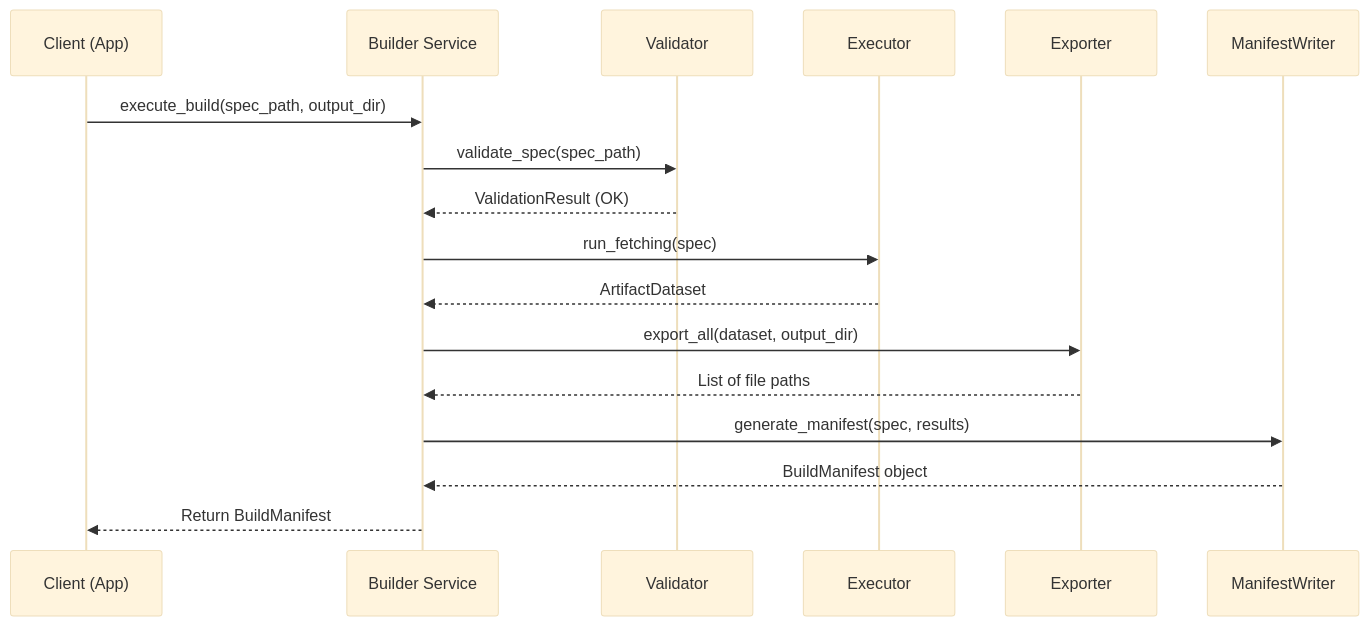
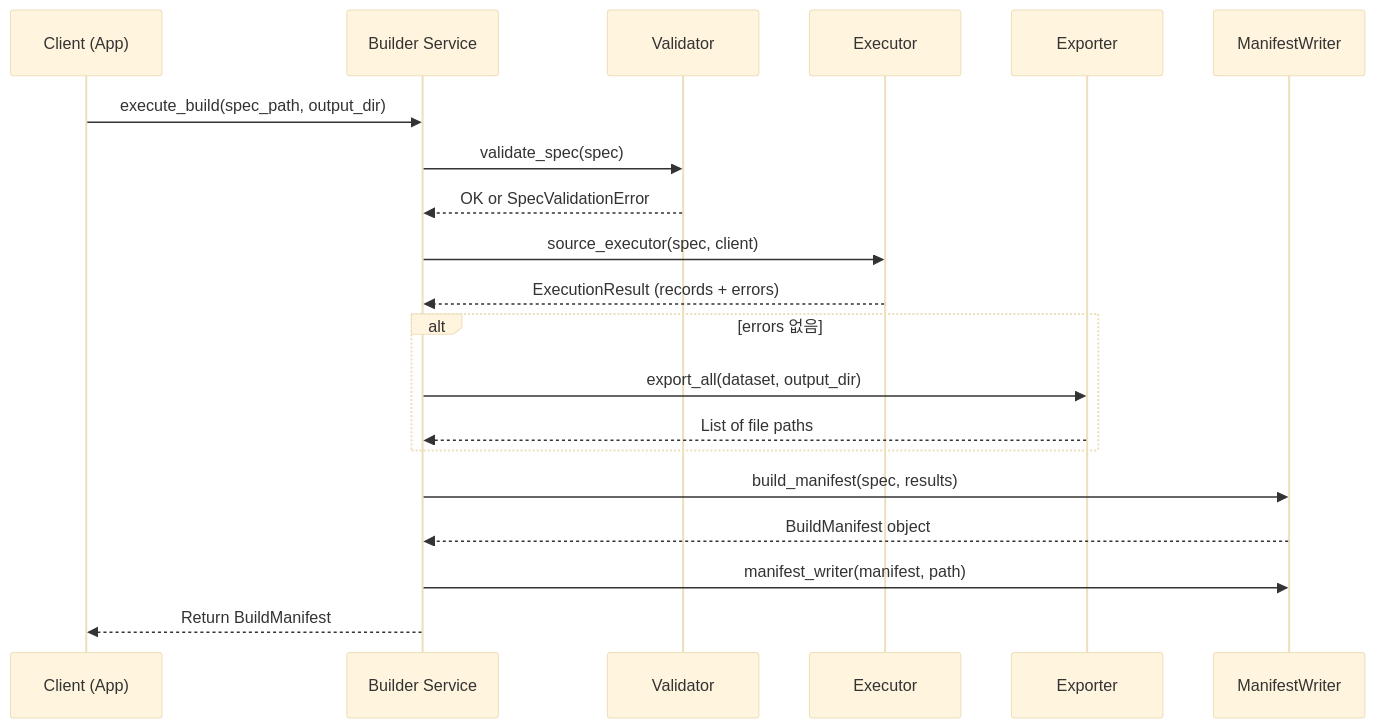
One commit to yeongseon/kpubdata-builder changed the second of 3 diagrams in API_CONTRACT.md. Above: the diagram before and after it, drawn with Mermaid (base theme). The commit also changed other lines of this file and 9 other files, not shown here.

````diff
--- a/API_CONTRACT.md
+++ b/API_CONTRACT.md
@@ -50,20 +50,23 @@
 ```mermaid
 sequenceDiagram
     participant C as Client (App)
     participant B as Builder Service
     participant V as Validator
     participant E as Executor
     participant EX as Exporter
     participant M as ManifestWriter
 
     C->>B: execute_build(spec_path, output_dir)
-    B->>V: validate_spec(spec_path)
-    V-->>B: ValidationResult (OK)
-    B->>E: run_fetching(spec)
-    E-->>B: ArtifactDataset
-    B->>EX: export_all(dataset, output_dir)
-    EX-->>B: List of file paths
-    B->>M: generate_manifest(spec, results)
+    B->>V: validate_spec(spec)
+    V-->>B: OK or SpecValidationError
+    B->>E: source_executor(spec, client)
+    E-->>B: ExecutionResult (records + errors)
+    alt errors 없음
+        B->>EX: export_all(dataset, output_dir)
+        EX-->>B: List of file paths
+    end
+    B->>M: build_manifest(spec, results)
     M-->>B: BuildManifest object
+    B->>M: manifest_writer(manifest, path)
     B-->>C: Return BuildManifest
 ```
````
